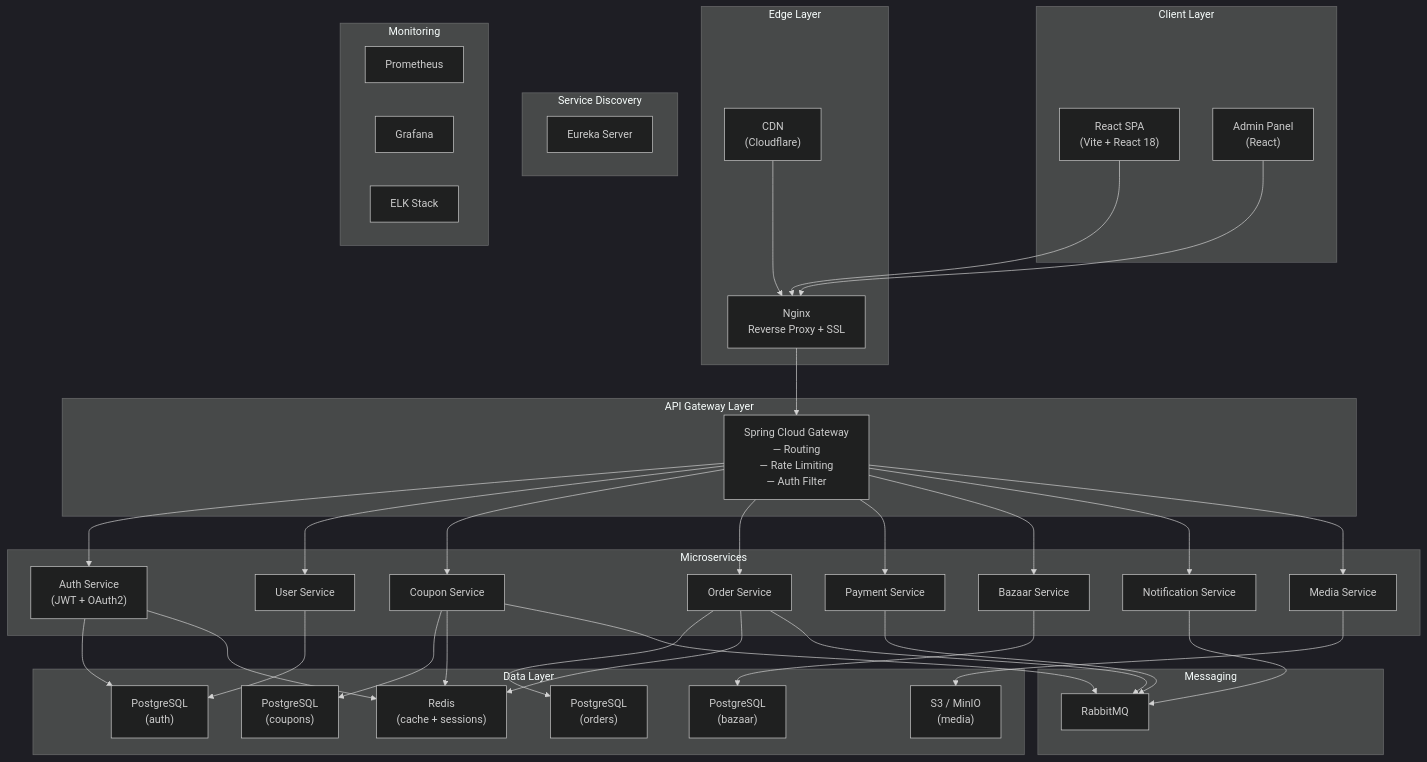
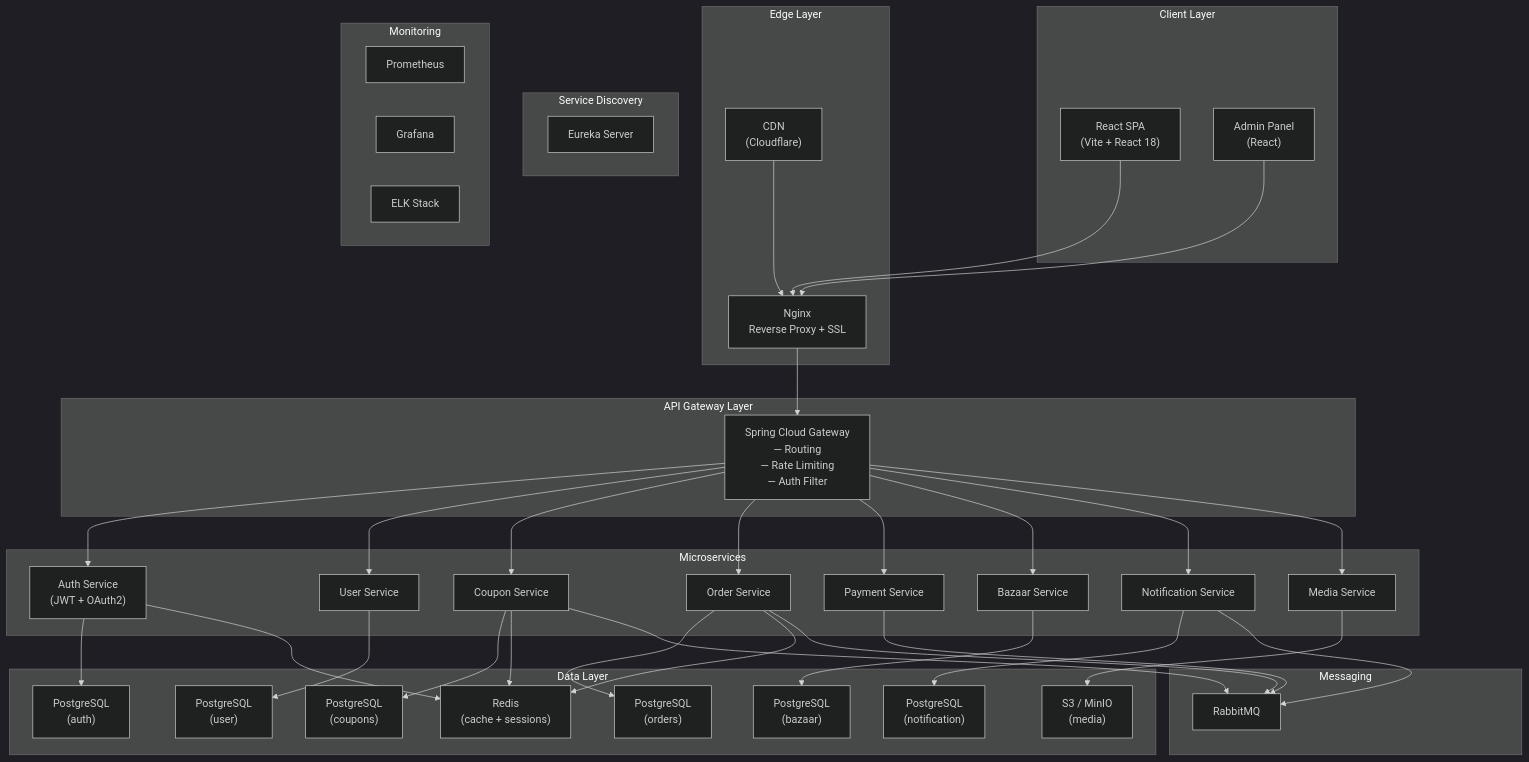
The first of 5 diagrams in docs/implementation_plan.md (Uzabr/topdim), drawn with Mermaid (dark theme) before and after one commit. The commit also changed other lines of this file and 6 other files, not shown here.

```diff
--- a/docs/implementation_plan.md
+++ b/docs/implementation_plan.md
@@ -48,6 +48,8 @@
         PG_COUPON["PostgreSQL<br/>(coupons)"]
         PG_ORDER["PostgreSQL<br/>(orders)"]
         PG_BAZAAR["PostgreSQL<br/>(bazaar)"]
+        PG_USER["PostgreSQL<br/>(user)"]
+        PG_NOTIF["PostgreSQL<br/>(notification)"]
         REDIS["Redis<br/>(cache + sessions)"]
         S3["S3 / MinIO<br/>(media)"]
     end
@@ -76,10 +78,11 @@
     GW --> MEDIA
 
     AUTH --> PG_AUTH
-    USER --> PG_AUTH
+    USER --> PG_USER
     COUPON --> PG_COUPON
     ORDER --> PG_ORDER
     BAZAAR --> PG_BAZAAR
+    NOTIF --> PG_NOTIF
 
     AUTH --> REDIS
     COUPON --> REDIS
```
